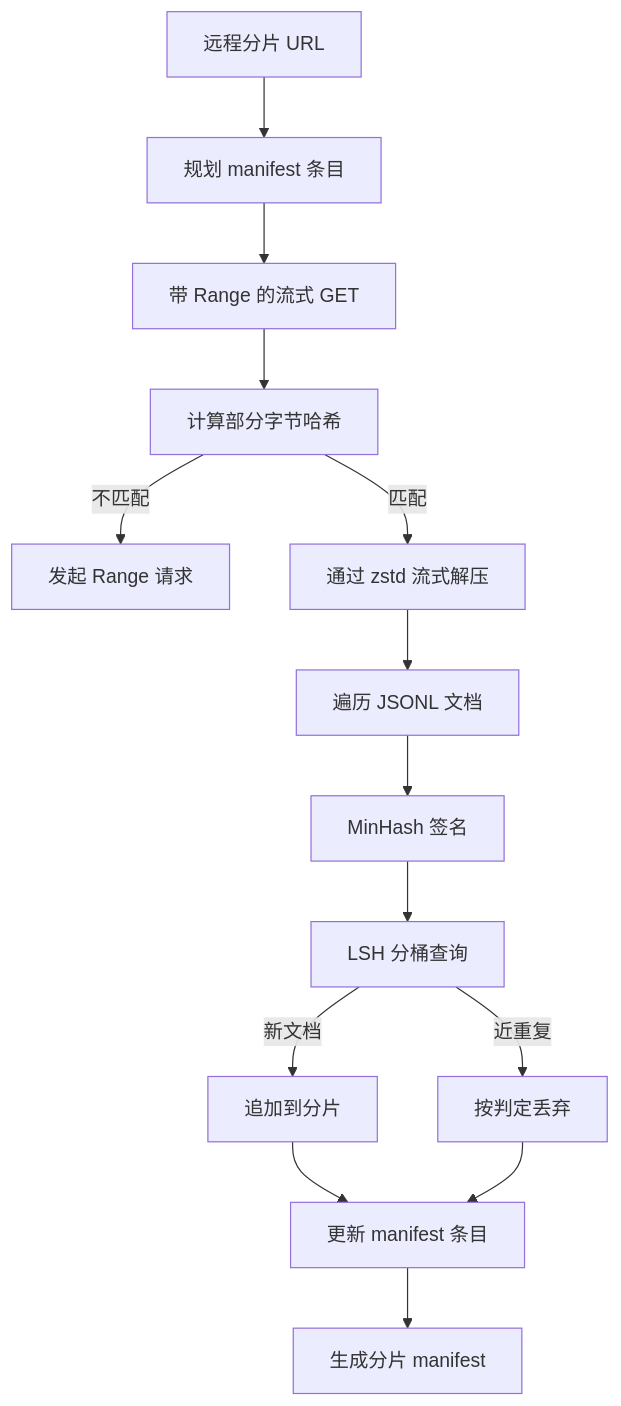
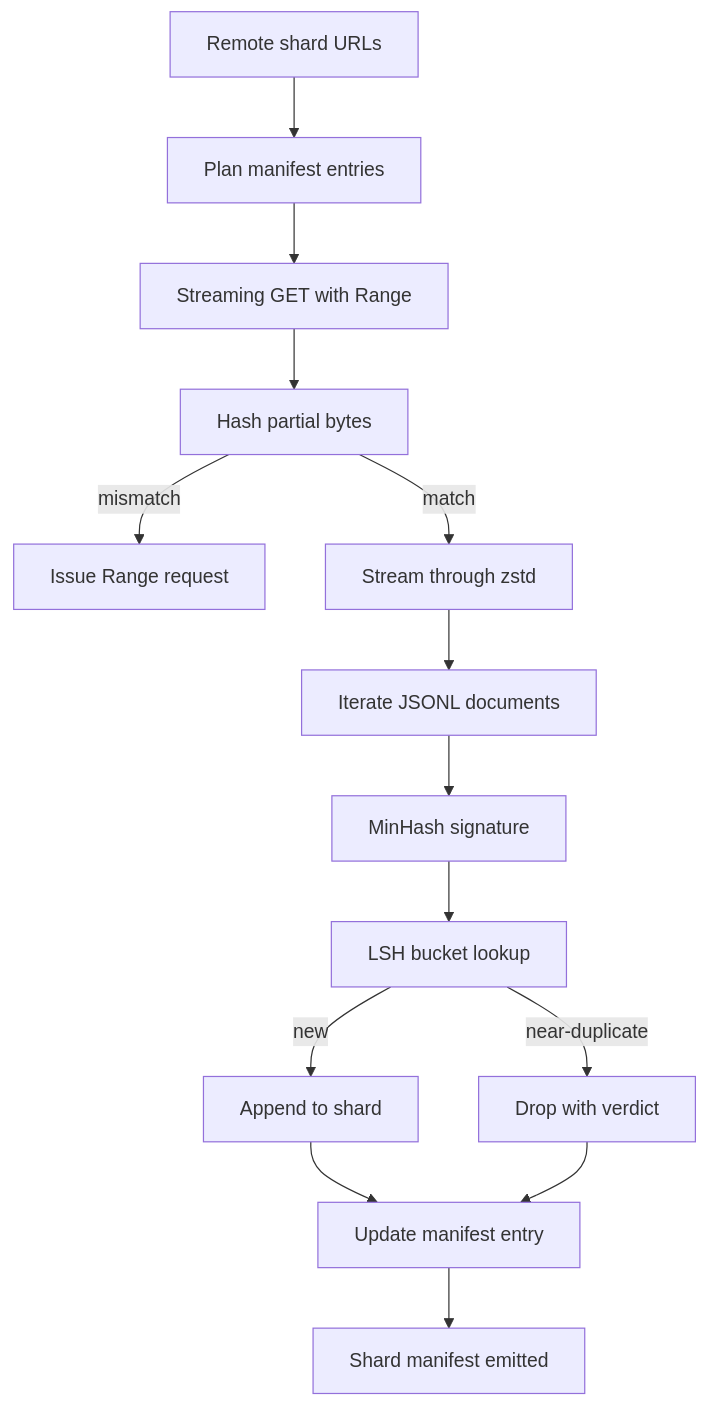
The diagram in i18n/zh/phases/19-capstone-projects/42-large-corpus-downloader/docs/zh.md (xiaojiaenen/ai-engineering-from-scratch-zh), drawn with Mermaid before and after one commit. The commit also changed other lines of this file and 85 other files, not shown here.

````diff
--- a/i18n/zh/phases/19-capstone-projects/42-large-corpus-downloader/docs/zh.md
+++ b/i18n/zh/phases/19-capstone-projects/42-large-corpus-downloader/docs/zh.md
@@ -27,16 +27,16 @@
 ```mermaid
 flowchart TD
-  Source[远程分片 URL] --> Plan[规划 manifest 条目]
-  Plan --> Download[带 Range 的流式 GET]
-  Download --> Verify[计算部分字节哈希]
-  Verify -->|不匹配| Resume[发起 Range 请求]
-  Verify -->|匹配| Decompress[通过 zstd 流式解压]
-  Decompress --> Iterate[遍历 JSONL 文档]
-  Iterate --> Sig[MinHash 签名]
-  Sig --> Bucket[LSH 分桶查询]
-  Bucket -->|新文档| Keep[追加到分片]
-  Bucket -->|近重复| Drop[按判定丢弃]
-  Keep --> Manifest[更新 manifest 条目]
+  Source[Remote shard URLs] --> Plan[Plan manifest entries]
+  Plan --> Download[Streaming GET with Range]
+  Download --> Verify[Hash partial bytes]
+  Verify -->|mismatch| Resume[Issue Range request]
+  Verify -->|match| Decompress[Stream through zstd]
+  Decompress --> Iterate[Iterate JSONL documents]
+  Iterate --> Sig[MinHash signature]
+  Sig --> Bucket[LSH bucket lookup]
+  Bucket -->|new| Keep[Append to shard]
+  Bucket -->|near-duplicate| Drop[Drop with verdict]
+  Keep --> Manifest[Update manifest entry]
   Drop --> Manifest
-  Manifest --> Done[生成分片 manifest]
+  Manifest --> Done[Shard manifest emitted]
 ```
````
